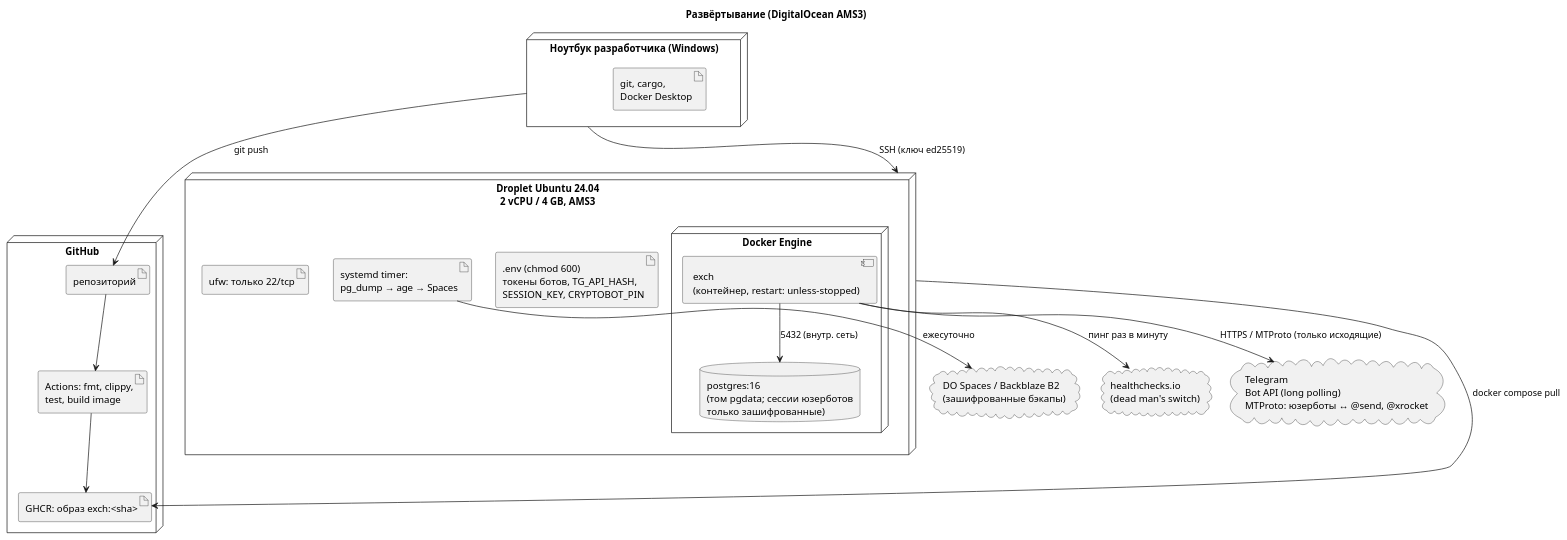
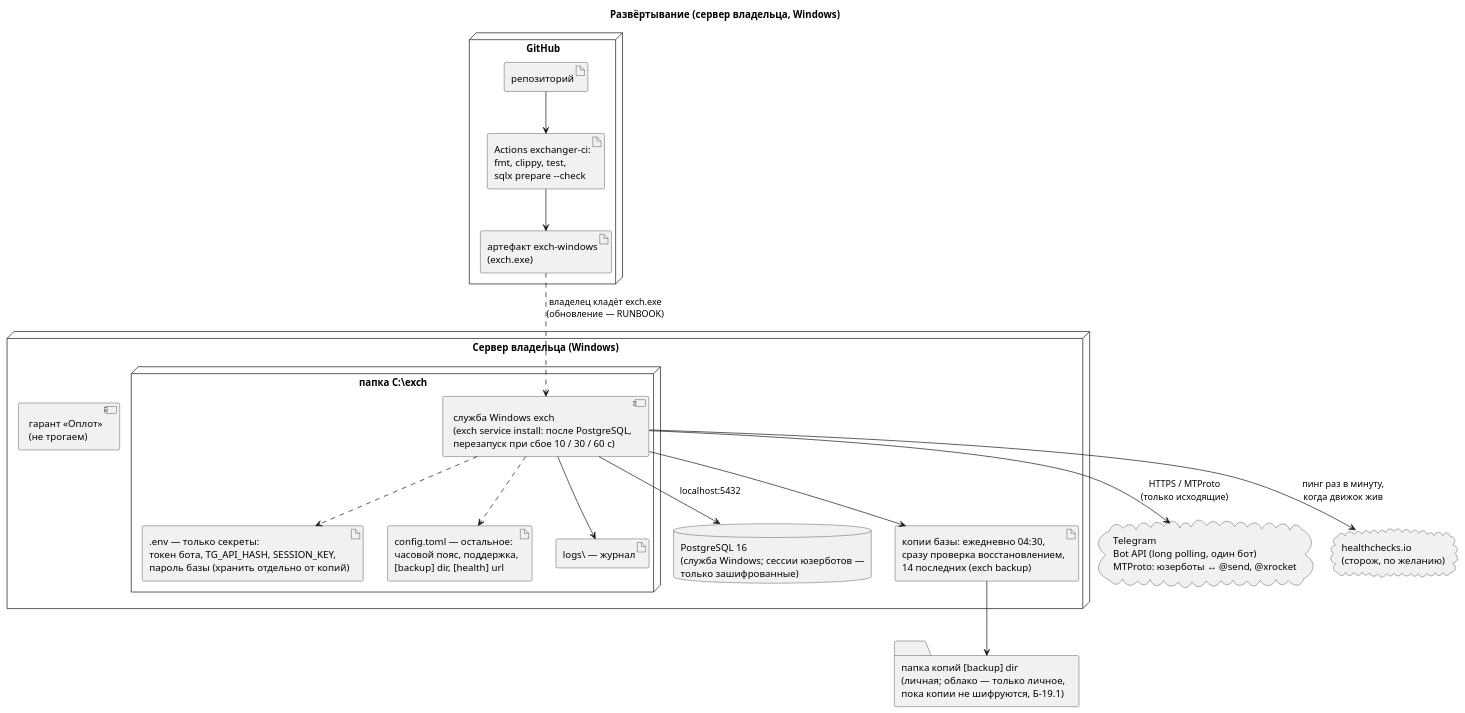
One commit to Nacebara/webquest changed the diagram in exchanger/diagrams/10-deployment.puml. Above: the diagram before and after it, drawn with PlantUML. The commit also changed 12 other files, not shown here.

First line of the commit message:
diagrams: sources match the code again; pictures marked as outdated (Р-19.2)

```diff
--- a/exchanger/diagrams/10-deployment.puml
+++ b/exchanger/diagrams/10-deployment.puml
@@ -1,36 +1,39 @@
 @startuml deployment
-' Развёртывание: DigitalOcean AMS3 (v0.2: только Telegram, платёжных API и вебхуков нет)
+' Развёртывание: сервер владельца с Windows рядом с гарантом «Оплот» (docs/DEPLOY.md).
+' Docker для exch не используется. Платёжных API и вебхуков нет — только Telegram.
+' Сверено с DEPLOY.md и кодом 20.11.2026.
 skinparam shadowing false
-title Развёртывание (DigitalOcean AMS3)
+title Развёртывание (сервер владельца, Windows)
 
-node "Ноутбук разработчика (Windows)" as DEV {
-  artifact "git, cargo,\nDocker Desktop" as DEVTOOLS
-}
 node "GitHub" as GH {
   artifact "репозиторий" as REPO
-  artifact "Actions: fmt, clippy,\ntest, build image" as CI
-  artifact "GHCR: образ exch:<sha>" as IMG
+  artifact "Actions exchanger-ci:\nfmt, clippy, test,\nsqlx prepare --check" as CI
+  artifact "артефакт exch-windows\n(exch.exe)" as BIN
 }
-node "Droplet Ubuntu 24.04\n2 vCPU / 4 GB, AMS3" as VM {
-  node "Docker Engine" as DOCKER {
-    component "exch\n(контейнер, restart: unless-stopped)" as EXCH
-    database "postgres:16\n(том pgdata; сессии юзерботов\nтолько зашифрованные)" as PG
+node "Сервер владельца (Windows)" as SRV {
+  component "гарант «Оплот»\n(не трогаем)" as OPLOT
+  node "папка C:\\exch" as DIR {
+    component "служба Windows exch\n(exch service install: после PostgreSQL,\nперезапуск при сбое 10 / 30 / 60 с)" as EXCH
+    artifact ".env — только секреты:\nтокен бота, TG_API_HASH, SESSION_KEY,\nпароль базы (хранить отдельно от копий)" as ENV
+    artifact "config.toml — остальное:\nчасовой пояс, поддержка,\n[backup] dir, [health] url" as CFG
+    artifact "logs\\ — журнал" as LOGS
   }
-  artifact ".env (chmod 600)\nтокены ботов, TG_API_HASH,\nSESSION_KEY, CRYPTOBOT_PIN" as ENV
-  artifact "systemd timer:\npg_dump → age → Spaces" as BKP
-  artifact "ufw: только 22/tcp" as FW
+  database "PostgreSQL 16\n(служба Windows; сессии юзерботов —\nтолько зашифрованные)" as PG
+  artifact "копии базы: ежедневно 04:30,\nсразу проверка восстановлением,\n14 последних (exch backup)" as BKP
 }
-cloud "DO Spaces / Backblaze B2\n(зашифрованные бэкапы)" as S3
-cloud "Telegram\nBot API (long polling)\nMTProto: юзерботы ↔ @send, @xrocket" as TG
-cloud "healthchecks.io\n(dead man's switch)" as HC
+folder "папка копий [backup] dir\n(личная; облако — только личное,\nпока копии не шифруются, Б-19.1)" as COPIES
+cloud "Telegram\nBot API (long polling, один бот)\nMTProto: юзерботы ↔ @send, @xrocket" as TG
+cloud "healthchecks.io\n(сторож, по желанию)" as HC
 
-DEV --> REPO : git push
 REPO --> CI
-CI --> IMG
-VM --> IMG : docker compose pull
-EXCH --> PG : 5432 (внутр. сеть)
-EXCH --> TG : HTTPS / MTProto (только исходящие)
-EXCH --> HC : пинг раз в минуту
-BKP --> S3 : ежесуточно
-DEV --> VM : SSH (ключ ed25519)
+CI --> BIN
+BIN ..> EXCH : владелец кладёт exch.exe\n(обновление — RUNBOOK)
+EXCH --> PG : localhost:5432
+EXCH --> TG : HTTPS / MTProto\n(только исходящие)
+EXCH --> HC : пинг раз в минуту,\nкогда движок жив
+EXCH --> BKP
+BKP --> COPIES
+EXCH ..> ENV
+EXCH ..> CFG
+EXCH --> LOGS
 @enduml
```
